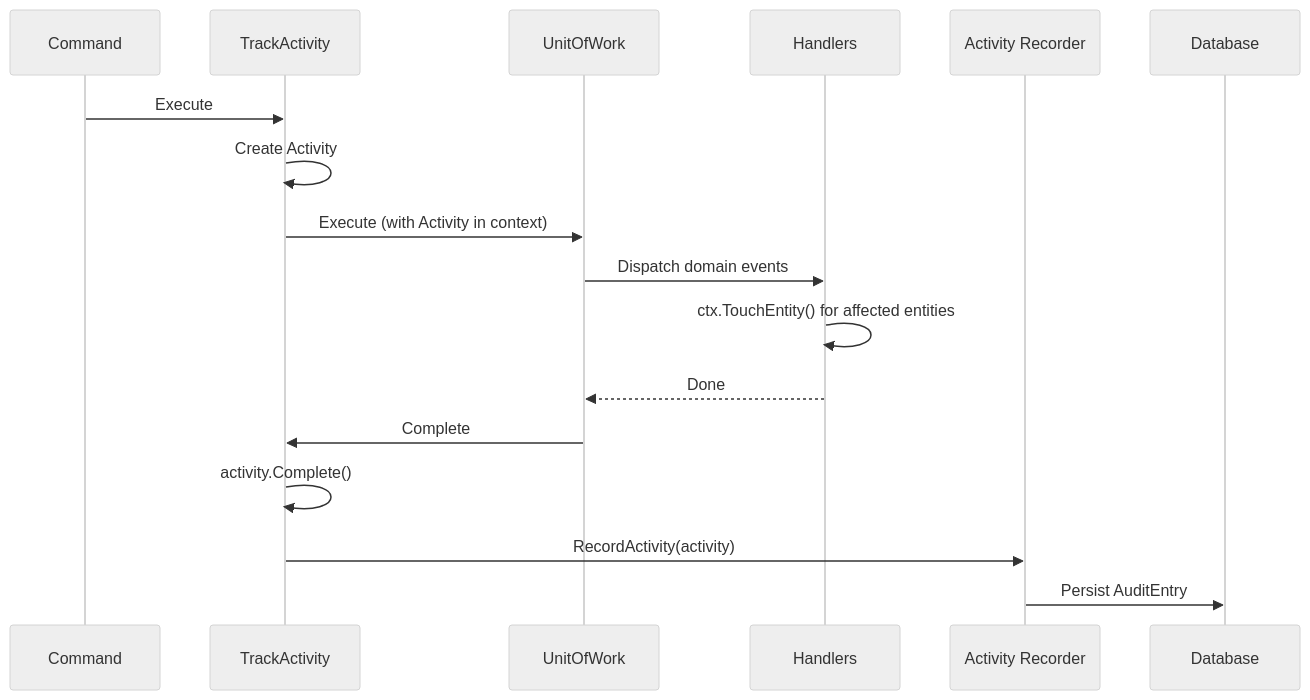
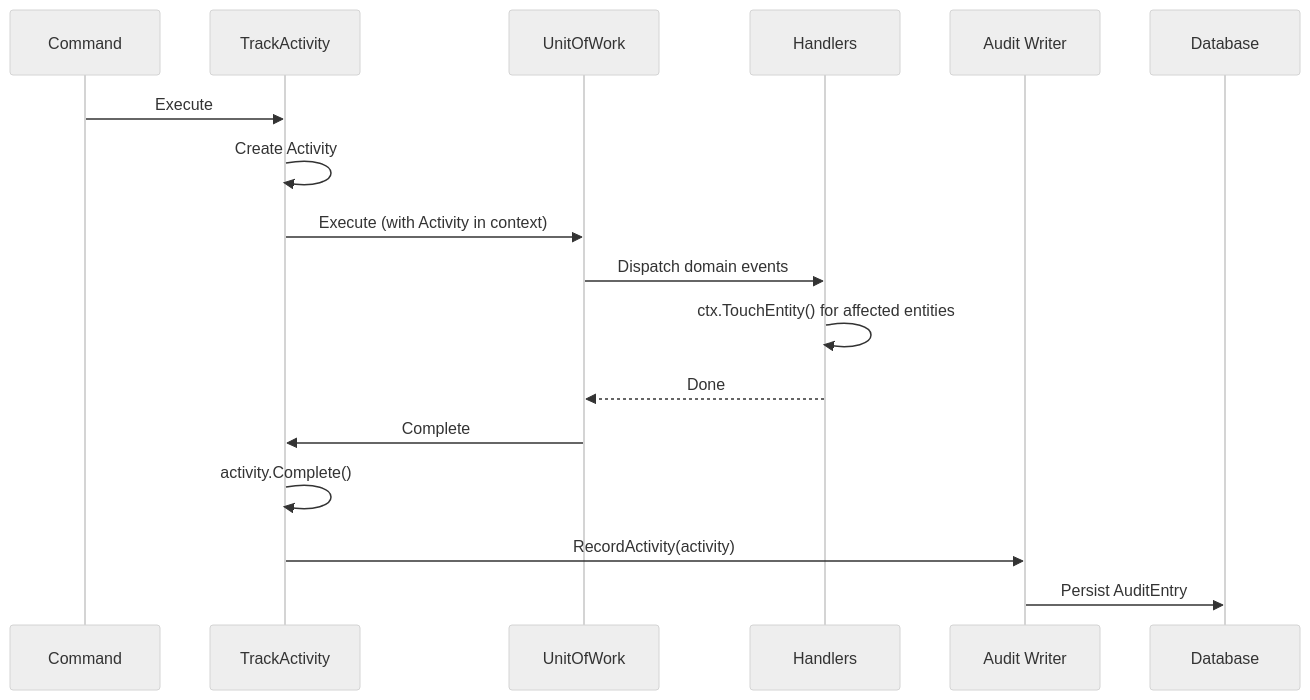
One commit to TheFellow/go-modular-monolith changed the fifth of 5 diagrams in README.md. Above: the diagram before and after it, drawn with Mermaid (neutral theme). The commit also changed other lines of this file and 135 other files, not shown here.

````diff
--- a/README.md
+++ b/README.md
@@ -287,20 +293,20 @@
 ```mermaid
 sequenceDiagram
     participant C as Command
     participant TA as TrackActivity
     participant UoW as UnitOfWork
     participant H as Handlers
-    participant AR as Activity Recorder
+    participant AR as Audit Writer
     participant DB as Database
 
     C->>TA: Execute
     TA->>TA: Create Activity
     TA->>UoW: Execute (with Activity in context)
     UoW->>H: Dispatch domain events
     H->>H: ctx.TouchEntity() for affected entities
     H-->>UoW: Done
     UoW->>TA: Complete
     TA->>TA: activity.Complete()
     TA->>AR: RecordActivity(activity)
     AR->>DB: Persist AuditEntry
 ```
````
